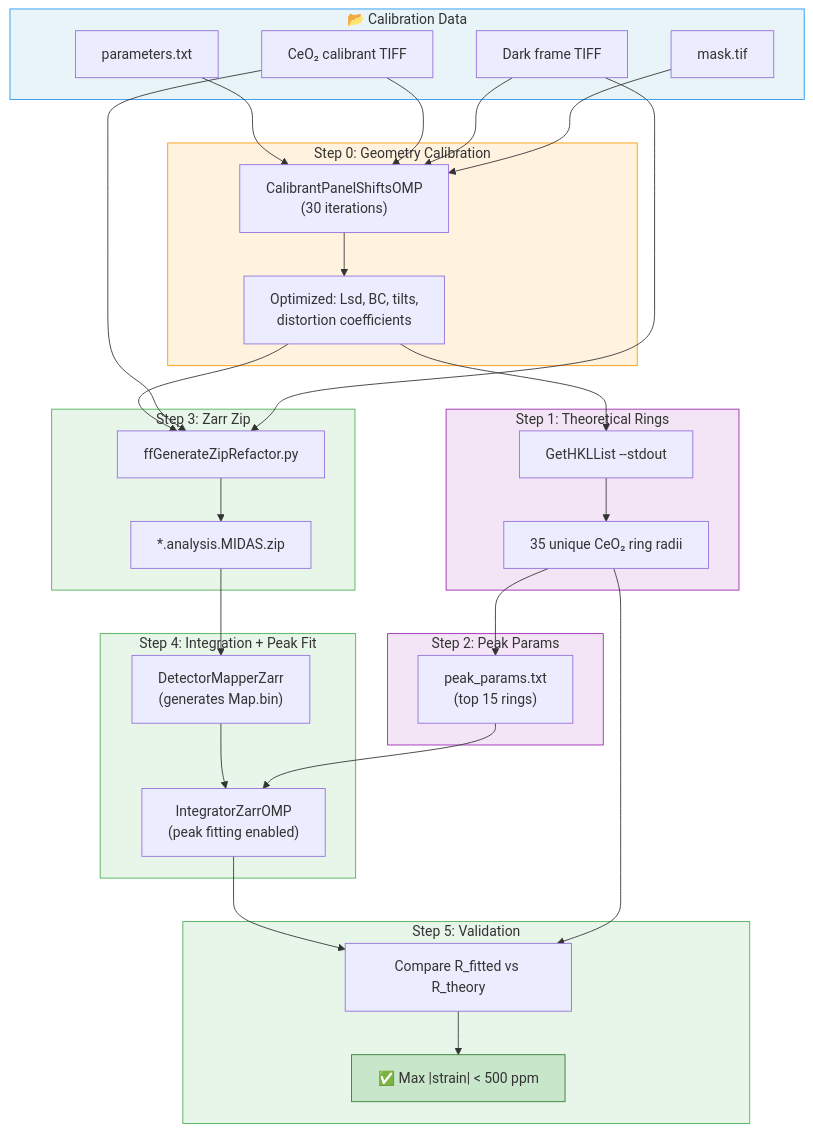
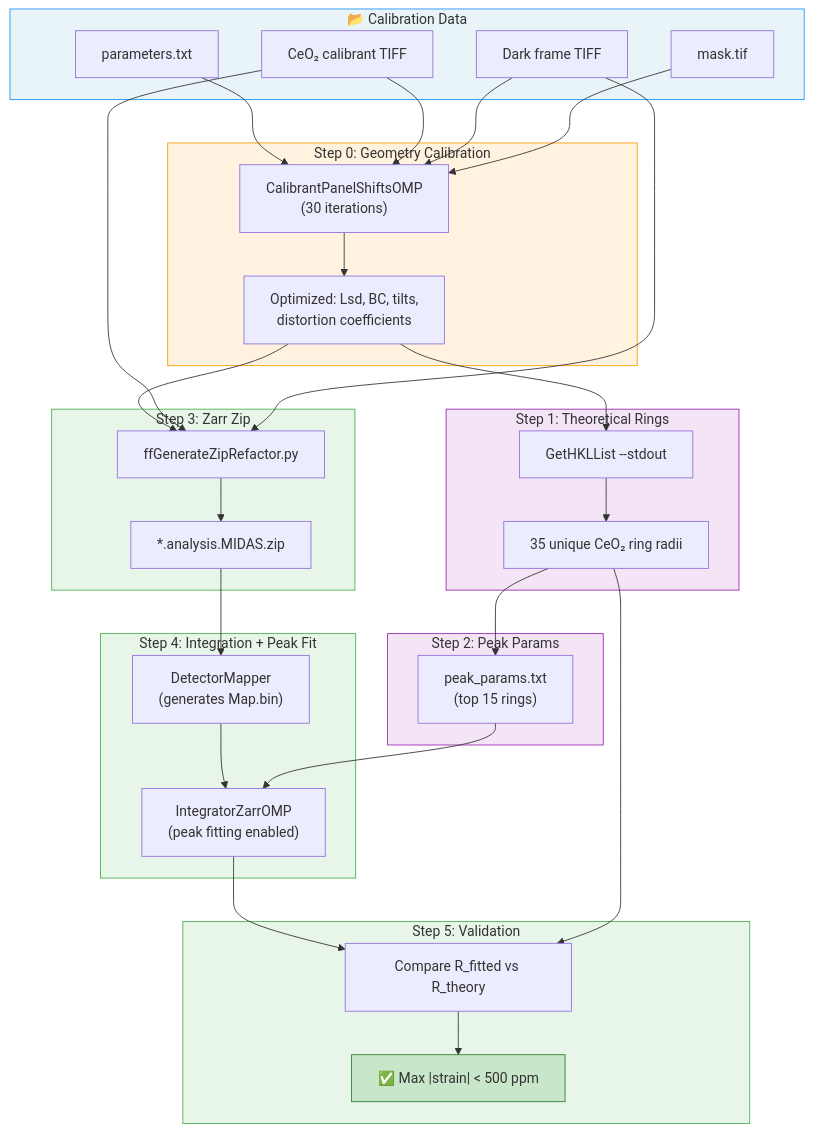
Before and after one commit to marinerhemant/MIDAS: the diagram in manuals/FF_Integrator_Benchmark.md, drawn with Mermaid. The commit also changed other lines of this file and 9 other files, not shown here.

First line of the commit message:
Archive DetectorMapperZarr, update docs for recent features

````diff
--- a/manuals/FF_Integrator_Benchmark.md
+++ b/manuals/FF_Integrator_Benchmark.md
@@ -17,71 +17,71 @@
 ```mermaid
 flowchart TD
     subgraph Inputs["📂 Calibration Data"]
         PARAMS["parameters.txt"]
         CeO2["CeO₂ calibrant TIFF"]
         DARK["Dark frame TIFF"]
         MASK["mask.tif"]
     end
 
     subgraph Step0["Step 0: Geometry Calibration"]
         CALIB["CalibrantPanelShiftsOMP<br/>(30 iterations)"]
         OPT["Optimized: Lsd, BC, tilts,<br/>distortion coefficients"]
     end
 
     PARAMS --> CALIB
     CeO2 --> CALIB
     DARK --> CALIB
     MASK --> CALIB
     CALIB --> OPT
 
     subgraph Step1["Step 1: Theoretical Rings"]
         HKL["GetHKLList --stdout"]
         RINGS["35 unique CeO₂ ring radii"]
     end
 
     OPT --> HKL
     HKL --> RINGS
 
     subgraph Step2["Step 2: Peak Params"]
         PP["peak_params.txt<br/>(top 15 rings)"]
     end
 
     RINGS --> PP
 
     subgraph Step3["Step 3: Zarr Zip"]
         GEN["ffGenerateZipRefactor.py"]
         ZIP["*.analysis.MIDAS.zip"]
     end
 
     OPT --> GEN
     CeO2 --> GEN
     DARK --> GEN
     GEN --> ZIP
 
     subgraph Step4["Step 4: Integration + Peak Fit"]
-        DM["DetectorMapperZarr<br/>(generates Map.bin)"]
+        DM["DetectorMapper<br/>(generates Map.bin)"]
         INT["IntegratorZarrOMP<br/>(peak fitting enabled)"]
     end
 
     ZIP --> DM
     DM --> INT
     PP --> INT
 
     subgraph Step5["Step 5: Validation"]
         CMP["Compare R_fitted vs R_theory"]
         PASS["✅ Max |strain| < 500 ppm"]
     end
 
     INT --> CMP
     RINGS --> CMP
     CMP --> PASS
 
     style Inputs fill:#e8f4f8,stroke:#2196F3
     style Step0 fill:#fff3e0,stroke:#FF9800
     style Step1 fill:#f3e5f5,stroke:#9C27B0
     style Step2 fill:#f3e5f5,stroke:#9C27B0
     style Step3 fill:#e8f5e9,stroke:#4CAF50
     style Step4 fill:#e8f5e9,stroke:#4CAF50
     style Step5 fill:#e8f5e9,stroke:#4CAF50
     style PASS fill:#c8e6c9,stroke:#2E7D32
 ```
````
